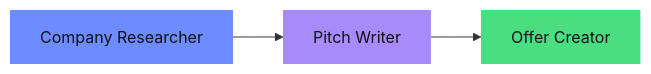
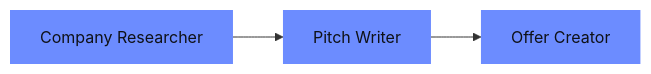
Before and after one commit to mj-deving/crewai-n8n-bridge: the third of 6 diagrams in README.md, drawn with Mermaid. The commit also changed other lines of this file, not shown here.

Commit message:
docs: simplify crew diagram colors — Option A single accent

````diff
--- a/README.md
+++ b/README.md
@@ -70,8 +70,8 @@
 ```mermaid
 flowchart LR
     S1["Company Researcher"] --> S2["Pitch Writer"] --> S3["Offer Creator"]
 
     style S1 fill:#6c8cff,color:#0f1117,stroke:none
-    style S2 fill:#a78bfa,color:#0f1117,stroke:none
-    style S3 fill:#4ade80,color:#0f1117,stroke:none
+    style S2 fill:#6c8cff,color:#0f1117,stroke:none
+    style S3 fill:#6c8cff,color:#0f1117,stroke:none
 ```
````
